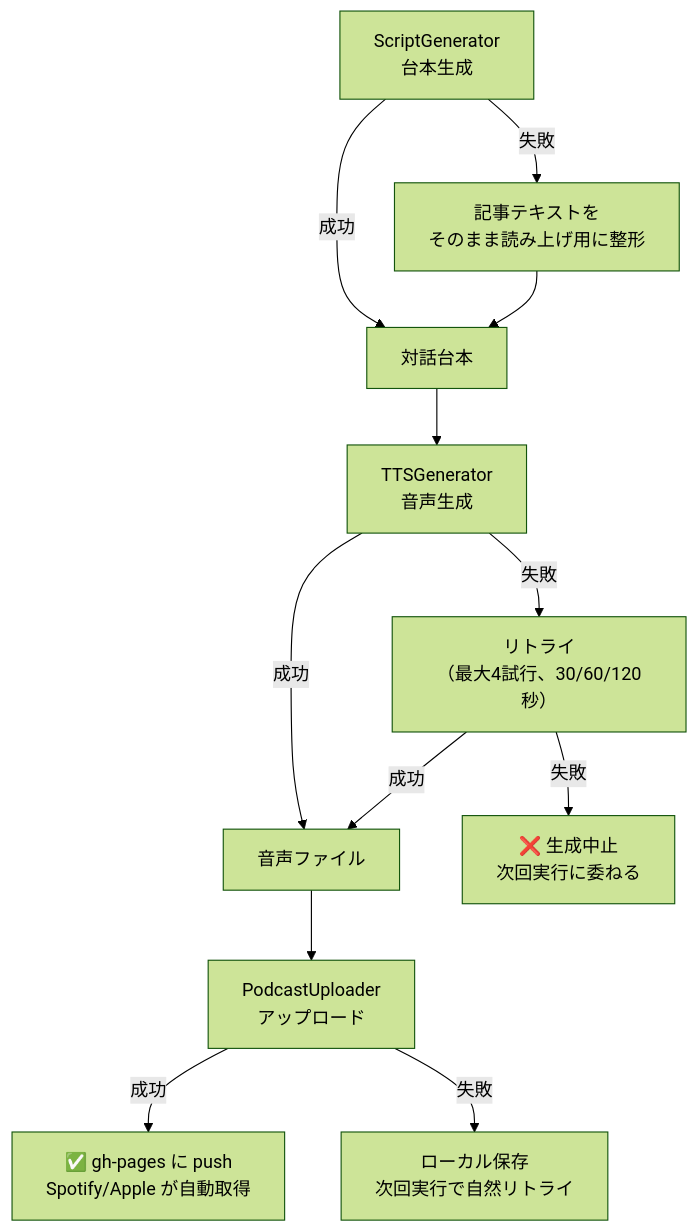
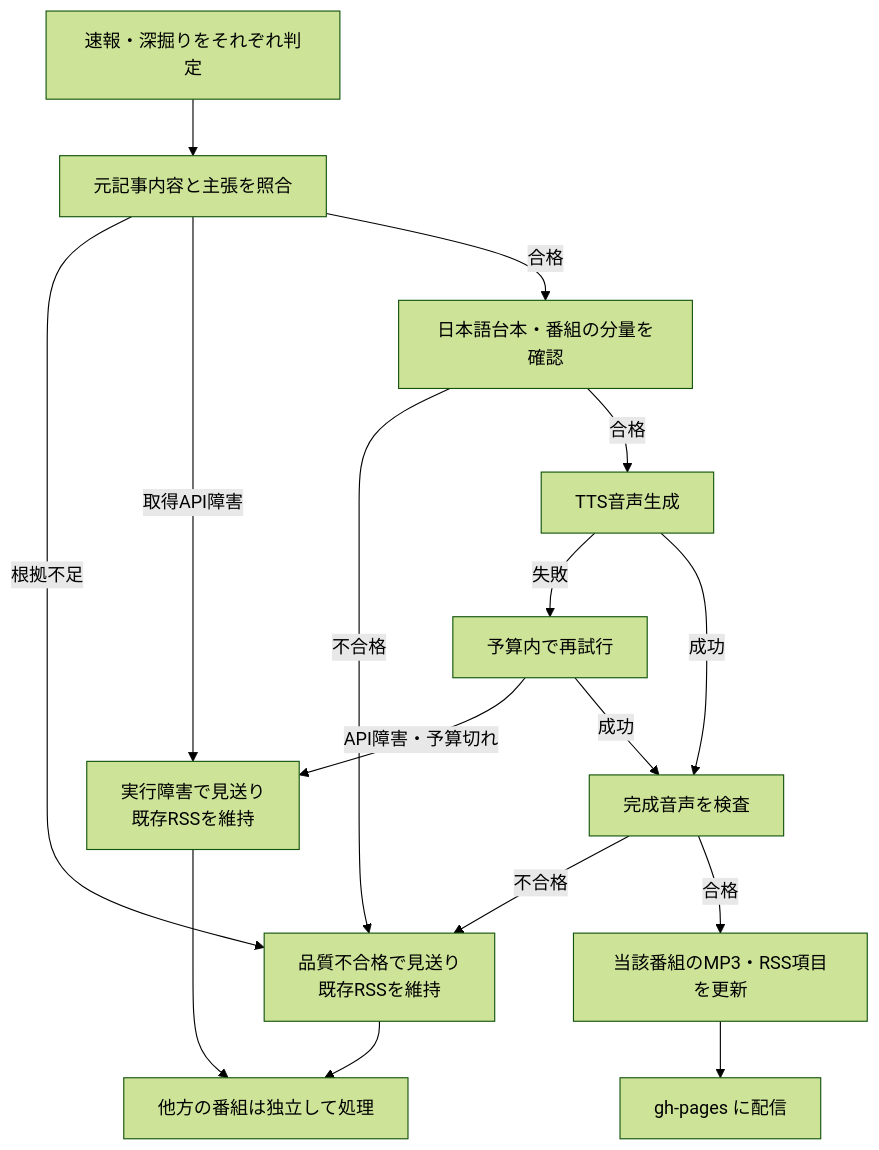
Before and after one commit to necoha/auto-podcast: the fourth of 4 diagrams in docs/HLD.md, drawn with Mermaid (forest theme). The commit also changed other lines of this file and 2 other files, not shown here.

````diff
--- a/docs/HLD.md
+++ b/docs/HLD.md
@@ -224,16 +270,18 @@
 ```mermaid
 flowchart TD
-    A["ScriptGenerator<br/>台本生成"] -->|成功| B["対話台本"]
-    A -->|失敗| A2["記事テキストを<br/>そのまま読み上げ用に整形"]
-    A2 --> B
-
-    B --> C["TTSGenerator<br/>音声生成"]
-    C -->|成功| D["音声ファイル"]
-    C -->|失敗| C2["リトライ<br/>（最大4試行、30/60/120秒）"]
-    C2 -->|成功| D
-    C2 -->|失敗| C3["❌ 生成中止<br/>次回実行に委ねる"]
-
-    D --> E["PodcastUploader<br/>アップロード"]
-    E -->|成功| F["✅ gh-pages に push<br/>Spotify/Apple が自動取得"]
-    E -->|失敗| E2["ローカル保存<br/>次回実行で自然リトライ"]
+    A["速報・深掘りをそれぞれ判定"] --> B["元記事内容と主張を照合"]
+    B -->|根拠不足| SKIP["品質不合格で見送り<br/>既存RSSを維持"]
+    B -->|取得API障害| FAIL["実行障害で見送り<br/>既存RSSを維持"]
+    B -->|合格| C["日本語台本・番組の分量を確認"]
+    C -->|不合格| SKIP
+    C -->|合格| D["TTS音声生成"]
+    D -->|失敗| RETRY["予算内で再試行"]
+    RETRY -->|API障害・予算切れ| FAIL
+    D -->|成功| E["完成音声を検査"]
+    RETRY -->|成功| E
+    E -->|不合格| SKIP
+    E -->|合格| F["当該番組のMP3・RSS項目を更新"]
+    F --> G["gh-pages に配信"]
+    SKIP --> H["他方の番組は独立して処理"]
+    FAIL --> H
 ```
````
